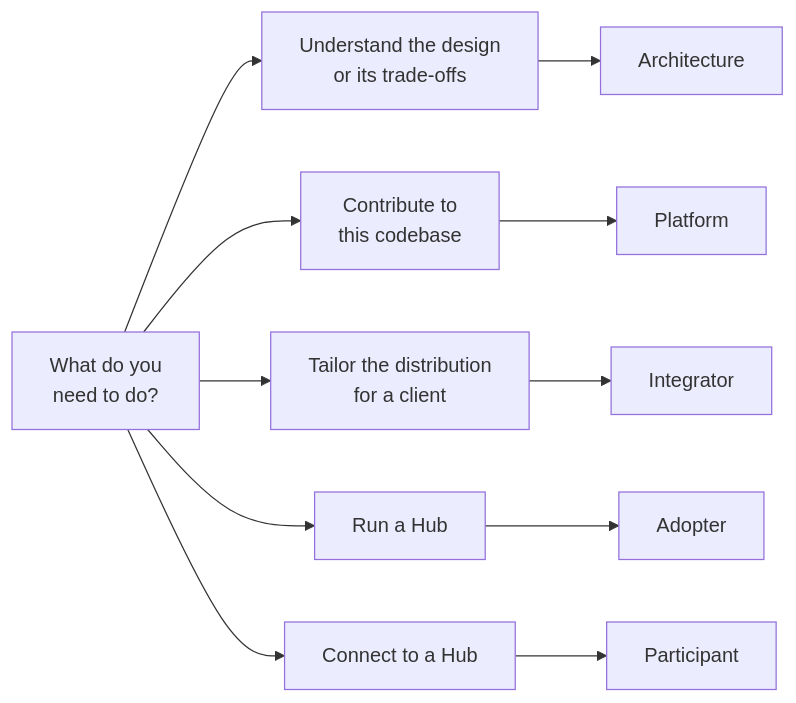
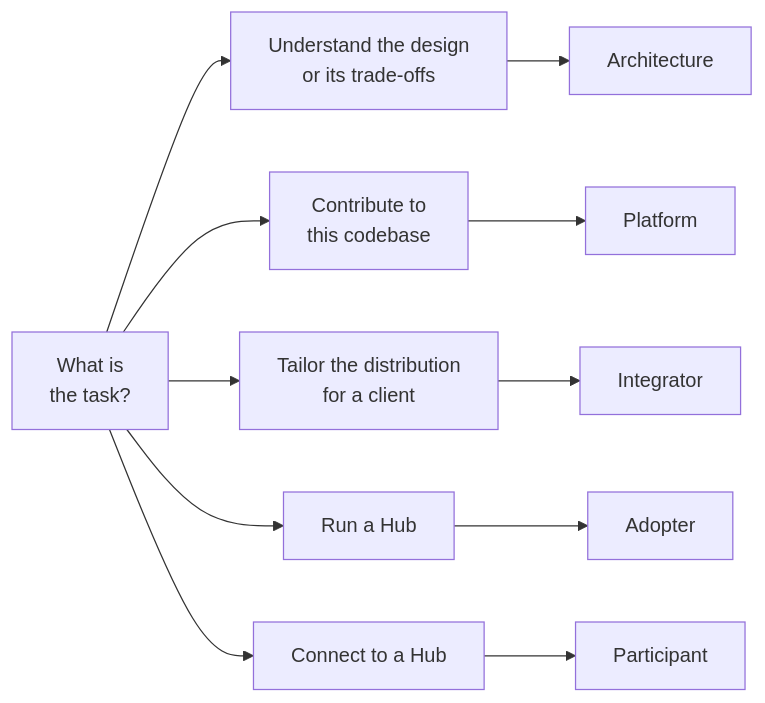
One commit to mojaloop/ml-deployment-toolkit changed the first of 2 diagrams in doc/index.md. Above: the diagram before and after it, drawn with Mermaid. The commit also changed other lines of this file and 43 other files, not shown here.

````diff
--- a/doc/index.md
+++ b/doc/index.md
@@ -9,16 +9,16 @@
 ```mermaid
 flowchart LR
-    q["What do you<br/>need to do?"]
+    q["What is<br/>the task?"]
 
     q --> a["Understand the design<br/>or its trade-offs"]
     q --> b["Contribute to<br/>this codebase"]
     q --> c["Tailor the distribution<br/>for a client"]
     q --> d["Run a Hub"]
     q --> e["Connect to a Hub"]
 
     a --> arch["Architecture"]
     b --> plat["Platform"]
     c --> si["Integrator"]
     d --> ad["Adopter"]
     e --> pa["Participant"]
 ```
````
